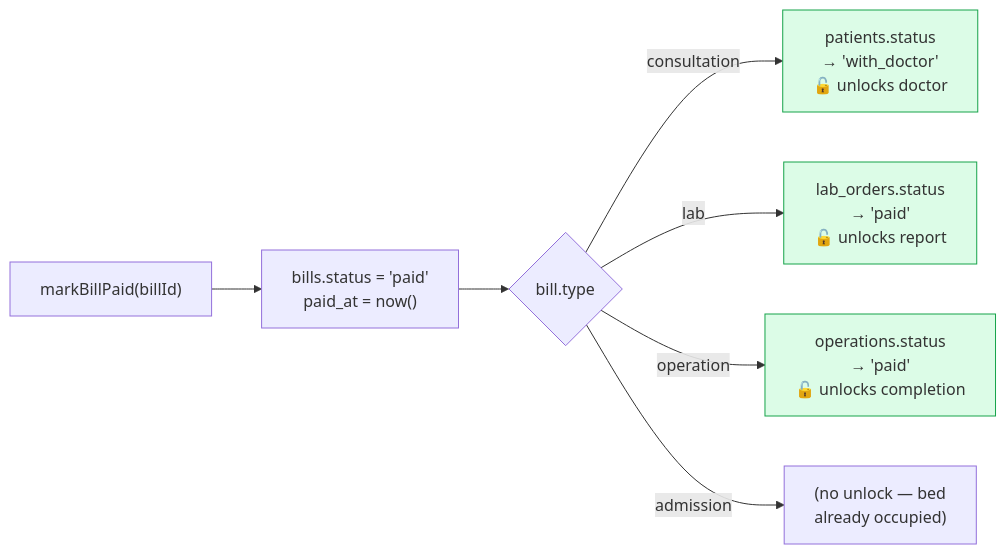
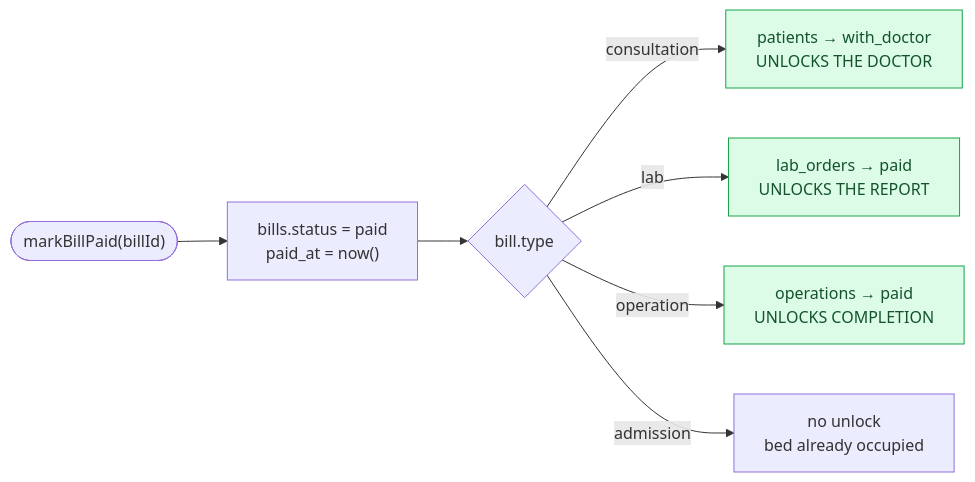
Before and after one commit to themuzzamil/Hospital-Management-System: diagram 19 of 22 in flow.md, drawn with Mermaid. The commit also changed other lines of this file, not shown here.

````diff
--- a/flow.md
+++ b/flow.md
@@ -610,13 +612,12 @@
 ```mermaid
 flowchart LR
-    A["markBillPaid(billId)"] --> B["bills.status = 'paid'<br/>paid_at = now()"]
+    A(["markBillPaid(billId)"]) --> B["bills.status = paid<br/>paid_at = now()"]
     B --> C{"bill.type"}
-    C -->|consultation| D["patients.status<br/>→ 'with_doctor'<br/>🔓 unlocks doctor"]
-    C -->|lab| E["lab_orders.status<br/>→ 'paid'<br/>🔓 unlocks report"]
-    C -->|operation| F["operations.status<br/>→ 'paid'<br/>🔓 unlocks completion"]
-    C -->|admission| G["(no unlock — bed<br/>already occupied)"]
+    C -->|"consultation"| D["patients → with_doctor<br/>UNLOCKS THE DOCTOR"]
+    C -->|"lab"| E["lab_orders → paid<br/>UNLOCKS THE REPORT"]
+    C -->|"operation"| F["operations → paid<br/>UNLOCKS COMPLETION"]
+    C -->|"admission"| G["no unlock<br/>bed already occupied"]
 
-    style D fill:#dcfce7,stroke:#16a34a
-    style E fill:#dcfce7,stroke:#16a34a
-    style F fill:#dcfce7,stroke:#16a34a
+    classDef good fill:#dcfce7,stroke:#16a34a,color:#14532d
+    class D,E,F good
 ```
````
